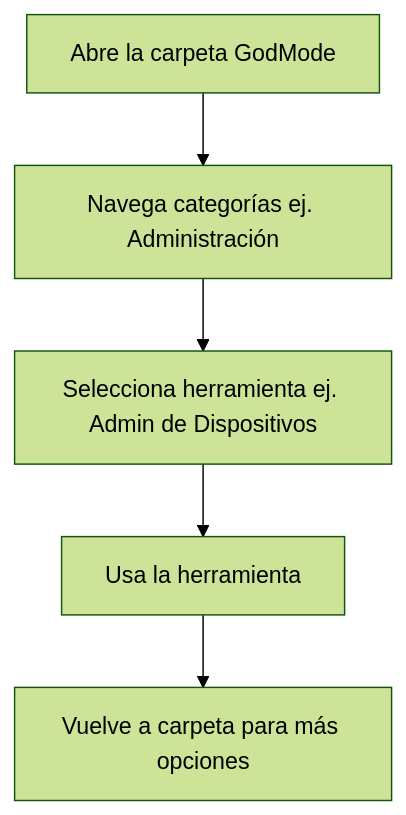
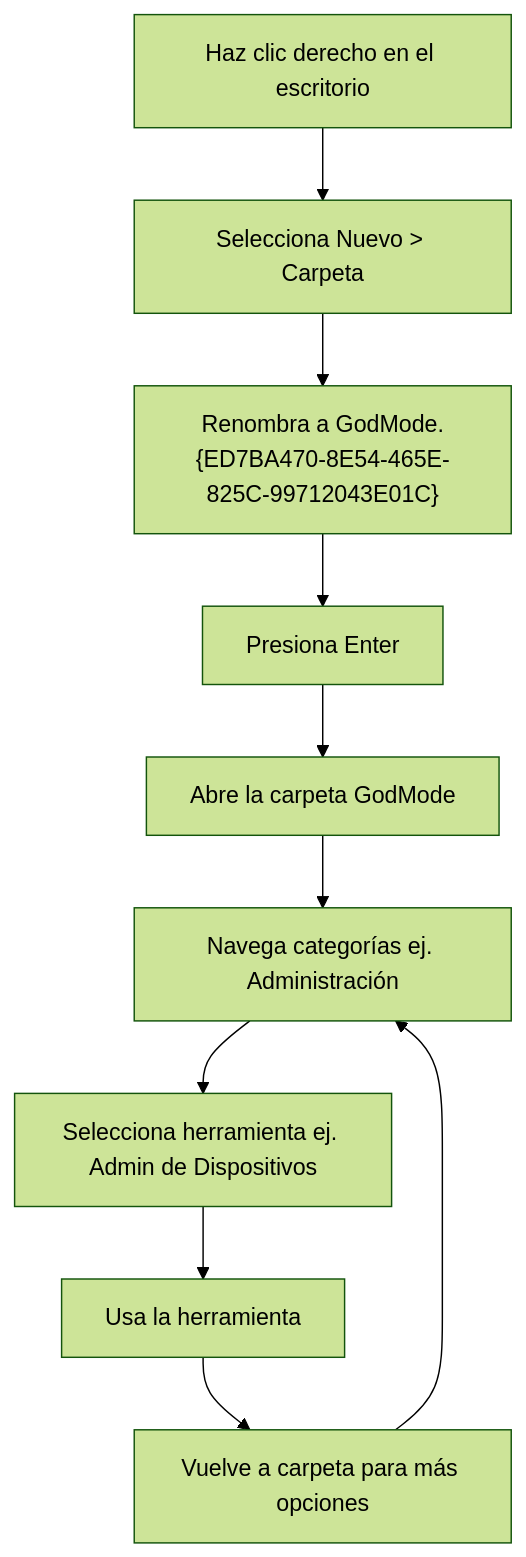
The second of 8 diagrams in README.md (jassin18alu/SMR2-SOR), drawn with Mermaid (forest theme) before and after one commit. The commit also changed other lines of this file, not shown here.

````diff
--- a/README.md
+++ b/README.md
@@ -88,7 +76,12 @@
 ```mermaid
 flowchart TD
-    A[Abre la carpeta GodMode] --> B[Navega categorías ej. Administración]
-    B --> C[Selecciona herramienta ej. Admin de Dispositivos]
-    C --> D[Usa la herramienta]
-    D --> E[Vuelve a carpeta para más opciones]
+A[Haz clic derecho en el escritorio] --> B[Selecciona Nuevo > Carpeta]
+  B --> C["Renombra a GodMode.{ED7BA470-8E54-465E-825C-99712043E01C}"]
+C --> D[Presiona Enter]
+D --> E[Abre la carpeta GodMode]
+E --> F[Navega categorías ej. Administración]
+F --> G[Selecciona herramienta ej. Admin de Dispositivos]
+G --> H[Usa la herramienta]
+H --> I[Vuelve a carpeta para más opciones]
+I --> F
 ```
````
